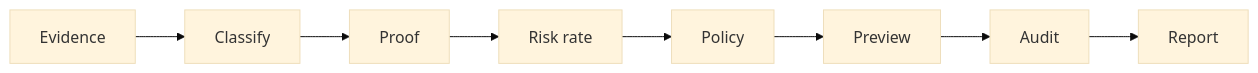
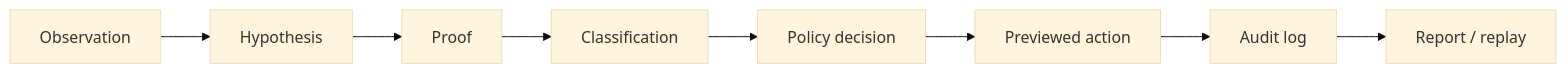
One commit to Kozphy/Windows-Network-Recovery-Toolkit changed the diagram in README.md. Above: the diagram before and after it, drawn with Mermaid (base theme). The commit also changed other lines of this file and 16 other files, not shown here.

````diff
--- a/README.md
+++ b/README.md
@@ -182,10 +102,10 @@
 ```mermaid
 flowchart LR
-  E[Evidence] --> C[Classify]
-  C --> P[Proof]
-  P --> R[Risk rate]
-  R --> Pol[Policy]
-  Pol --> Prev[Preview]
-  Prev --> Aud[Audit]
-  Aud --> Rep[Report]
+  Obs[Observation] --> Hyp[Hypothesis]
+  Hyp --> Prf[Proof]
+  Prf --> Cls[Classification]
+  Cls --> Pol[Policy decision]
+  Pol --> Prev[Previewed action]
+  Prev --> Aud[Audit log]
+  Aud --> Rep[Report / replay]
 ```
````
